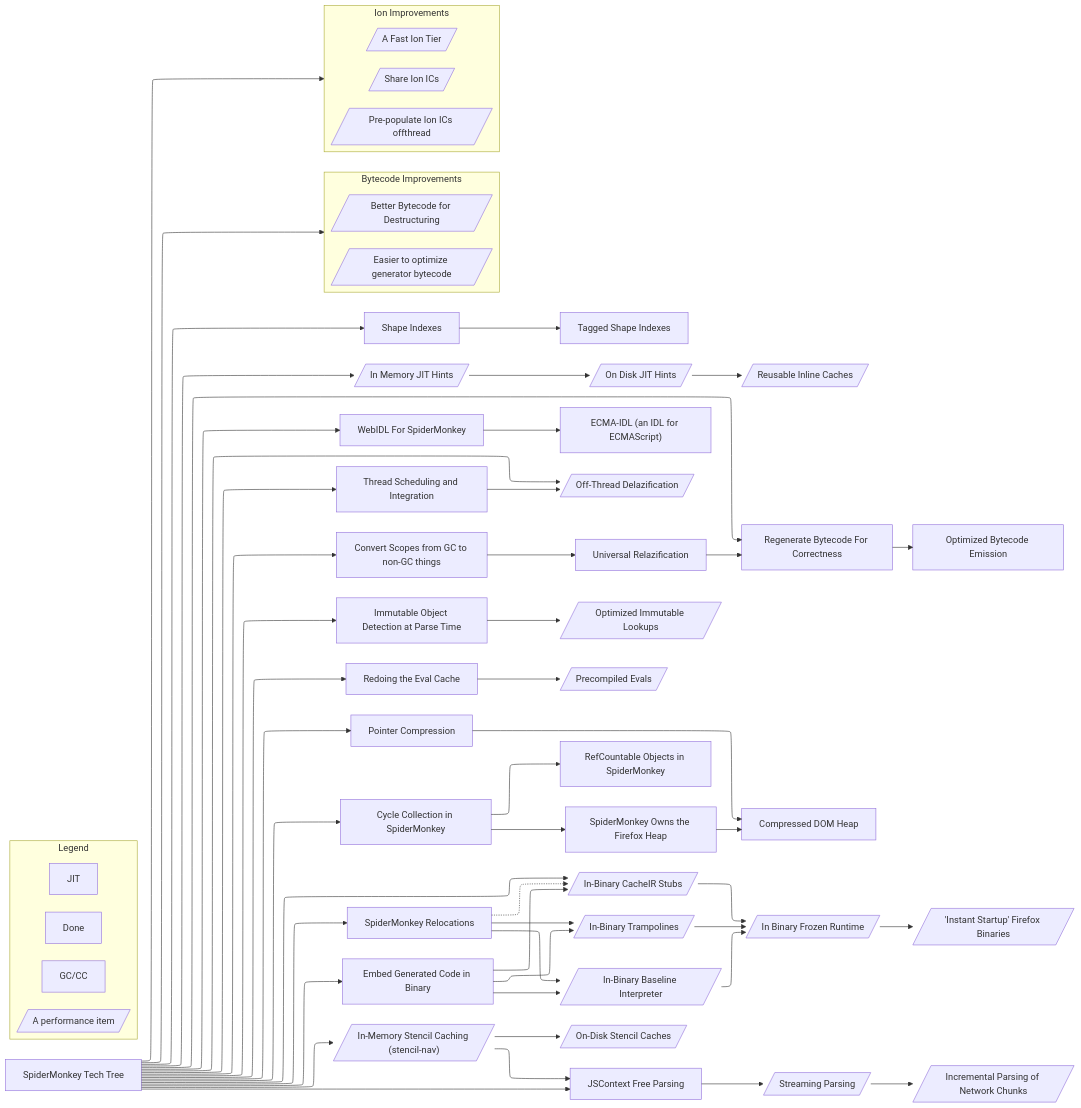
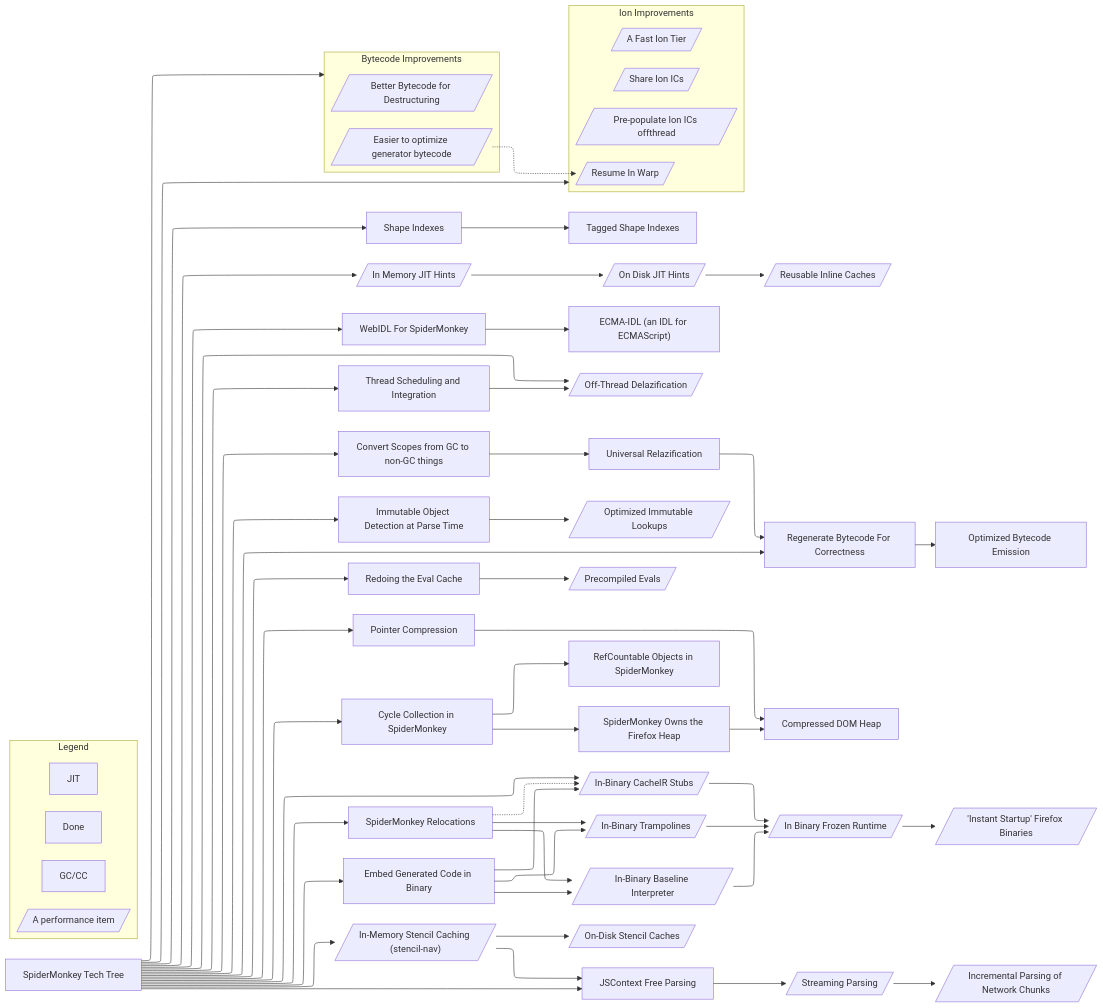
The diagram in tech_tree/diagram.mmd (mozilla-spidermonkey/spidermonkey.dev), drawn with Mermaid before and after one commit. The commit also changed 1 other file, not shown here.

Commit message:
add Resume in Warp to Tech Tree

```diff
--- a/tech_tree/diagram.mmd
+++ b/tech_tree/diagram.mmd
@@ -1,119 +1,125 @@
 %%{init: {"flowchart": {"defaultRenderer": "elk"}} }%%
 %% Use the elk renderer: Much better for this diagram.
 %% -- However, using elk as our renderer does have downsides. Elk doesn't
 %%    support dotted lines.
 flowchart LR
 
     subgraph Legend
         Done
         GC["GC/CC"]
         JIT
 
         class Done done
         class GC GC
         class JIT JIT
 
         perf[/"A performance item"/]
     end
 
     root[SpiderMonkey Tech Tree] --> shapeIndexes[Shape Indexes]
     shapeIndexes --> taggedShapeIndexes[Tagged Shape Indexes]
     root --> inMemoryJITHints[/"In Memory JIT Hints"/] --> onDiskJITHints[/"On  Disk JIT Hints"/] --> ric[/"Reusable Inline Caches"/]
 
     %% Mark In Memory JIT hints as done -- CSS class is in index.html
     class inMemoryJITHints done;
     class onDiskJITHints JIT;
     class ric JIT;
 
     root --> webIDL["WebIDL For SpiderMonkey"] --> ecmaIDL["ECMA-IDL (an IDL for ECMAScript)"]
     root --> scheduling["Thread Scheduling and Integration"] --> offThreadDelazification[/"Off-Thread Delazification"/]
     root --> offThreadDelazification
     root --> nonGCScopes["Convert Scopes from GC to non-GC things"] --> universalRelazification["Universal Relazification"]
     universalRelazification --> tossBytecode["Regenerate Bytecode For Correctness"]
     root --> tossBytecode --> optimizedBytecode["Optimized Bytecode Emission"]
     root --> immutableFlag["Immutable Object Detection at Parse Time"] --> optimizedImmutableLookups[/"Optimized Immutable Lookups"/]
     root --> evalCache["Redoing the Eval Cache"] --> precompiledEval[/"Precompiled Evals"/]
     root --> pointerCompression["Pointer Compression"] --> compressedDOM["Compressed DOM Heap"]
     class pointerCompression GC
     class compressedDOM GC
 
     root --> cc["Cycle Collection in SpiderMonkey"] --> refCount["RefCountable Objects in SpiderMonkey"]
     class cc GC
     class refCount GC
 
     cc --> smHeap["SpiderMonkey Owns the Firefox Heap"] --> compressedDOM
     class smHeap GC
 
     root --> inBinaryStubs[/"In-Binary CacheIR Stubs"/]
     root --> smRelocations["SpiderMonkey Relocations"]
     frozenRuntime[/"In Binary Frozen Runtime"/]
     frozenRuntime --> bakedFirefox[/"'Instant Startup' Firefox Binaries"/]
 
     smRelocations -.-> inBinaryStubs --> frozenRuntime
     smRelocations --> inBinaryTrampolines[/"In-Binary Trampolines"/] --> frozenRuntime
     smRelocations --> inBinaryBaseline[/"In-Binary Baseline Interpreter"/] --> frozenRuntime
 
     root --> inBinaryCode["Embed Generated Code in Binary"] --> inBinaryStubs & inBinaryTrampolines & inBinaryBaseline
 
     root --> stencilNav[/"In-Memory Stencil Caching (stencil-nav)"/]
     stencilNav --> onDiskStencil[/"On-Disk Stencil Caches"/]
     root --> contextFreeParsing["JSContext Free Parsing"]
     stencilNav --> contextFreeParsing
     contextFreeParsing --> streamingParsing[/"Streaming Parsing"/]
     streamingParsing --> networkParsing[/"Incremental Parsing of Network Chunks"/]
 
 
 
     subgraph improvedBytecode [Bytecode Improvements]
         destructuringBytecode[/"Better Bytecode for Destructuring"/]
         generatorBytecodeTransforms[/"Easier to optimize generator bytecode"/]
     end
     root --> improvedBytecode
 
 
+    generatorBytecodeTransforms -.-> resumeInWarp
 
     subgraph ionImprovements [Ion Improvements]
         shareIonICs[/"Share Ion ICs"/]
         prepopulateIonIcs[/"Pre-populate Ion ICs offthread"/]
         fastIonTier[/"A Fast Ion Tier"/]
 
+        resumeInWarp[/"Resume In Warp"/]
+
         class shareIonICs JIT
         class prepopulateIonIcs JIT
         class fastIonTier JIT
+        class resumeInWarp JIT
     end
     root --> ionImprovements
 
     %% Click Handlers
     %% Example of a programatic click handler for giggles. Notice that the callback
     %% is accessed relative to `window`.
     %% click webIDL callbacks.exampleCallback
 
     %% As an example of how we could group projects together.
     %% Commented out for now.
     %% subgraph "Gecko Managed Runtime"
     %%     cc
     %%     smHeap
     %%     webIDL
     %%     ecmaIDL
     %% end
 
     %% Detail links
     click shapeIndexes href "#shapeIndexes"
     click taggedShapeIndexes href "#taggedShapeIndexes"
     click universalRelazification href "#universalRelazification"
     click tossBytecode href "#tossBytecode"
     click immutableFlag href "#immutableFlag"
 
     click ric href "#ric"
     click smRelocations href "#smRelocations"
     click inMemoryJITHints href "https://bugzilla.mozilla.org/show_bug.cgi?id=1824772"
 
     click streamingParsing "#streamingParsing"
     click inBinaryCode "#inBinaryCode"
 
     click shareIonICs "#shareIonICs"
     click prepopulateIonIcs "#prepopulateIonIcs"
     click fastIonTier "#fastIonTier"
 
     click destructuringBytecode "#destructuringBytecode"
     click generatorBytecodeTransforms "#generatorBytecodeTransforms"
+
+    click resumeInWarp href "https://bugzilla.mozilla.org/show_bug.cgi?id=1681338"
```
